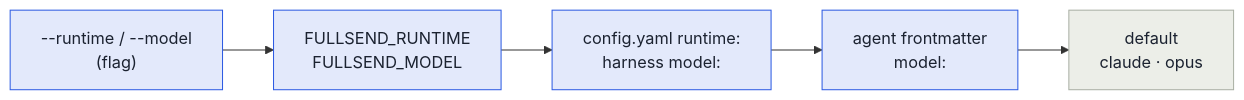
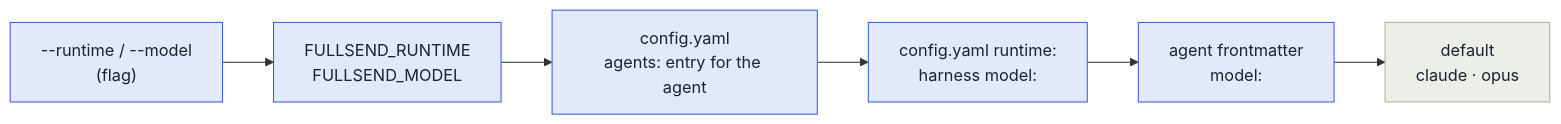
The second of 2 diagrams in docs/runtimes.md (Benkapner/fullsend), drawn with Mermaid before and after one commit. The commit also changed other lines of this file and 34 other files, not shown here.

````diff
--- a/docs/runtimes.md
+++ b/docs/runtimes.md
@@ -69,11 +69,12 @@
 ```mermaid
 flowchart LR
   F["--runtime / --model<br/>(flag)"] --> E["FULLSEND_RUNTIME<br/>FULLSEND_MODEL"]
-  E --> C["config.yaml runtime:<br/>harness model:"]
+  E --> R["config.yaml<br/>agents: entry for the agent"]
+  R --> C["config.yaml runtime:<br/>harness model:"]
   C --> A["agent frontmatter<br/>model:"]
   A --> D["default<br/>claude · opus"]
   classDef s fill:#e3e9fb,stroke:#2d5be3,color:#1b2230;
   classDef d fill:#eceee8,stroke:#a9afa4,color:#1b2230;
-  class F,E,C,A s;
+  class F,E,R,C,A s;
   class D d;
 ```
````
